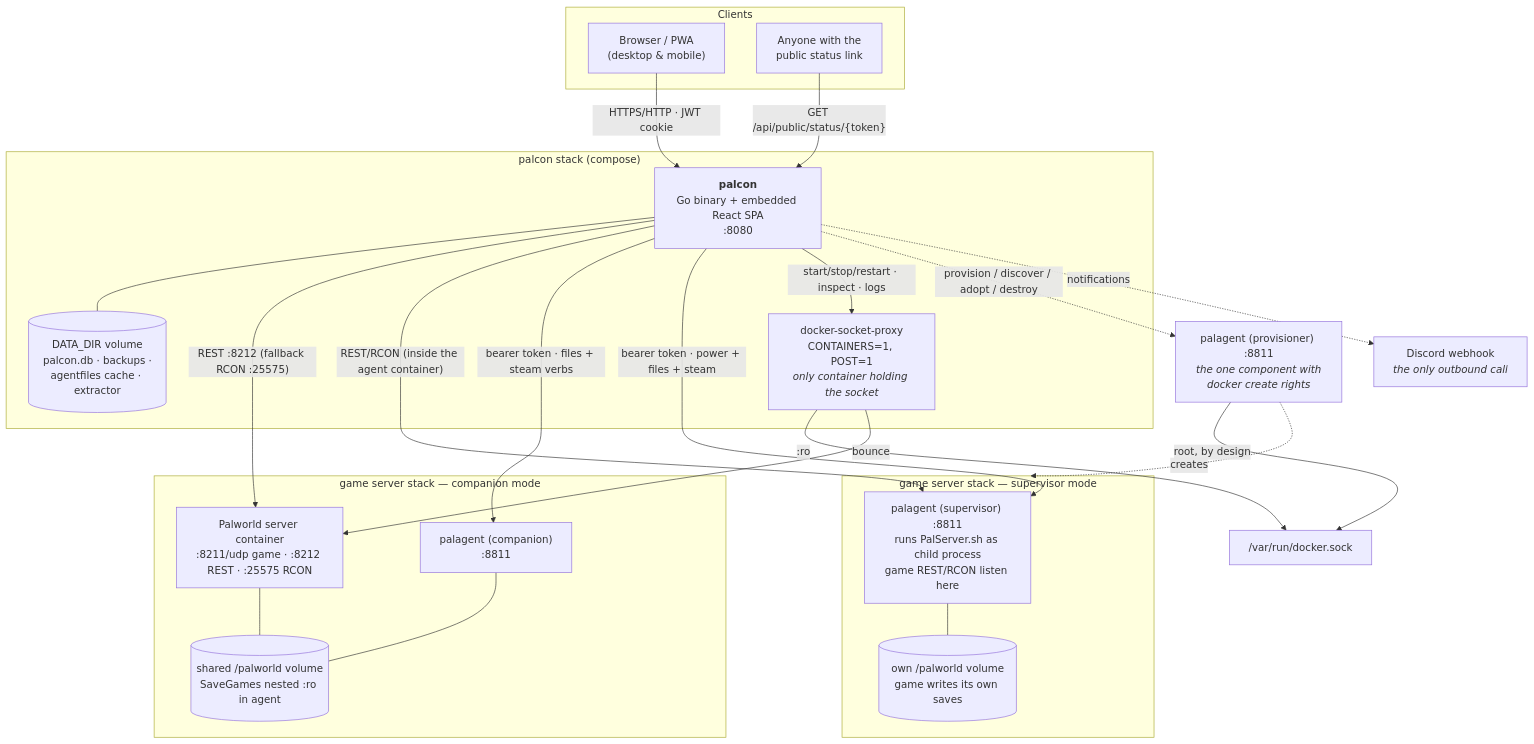
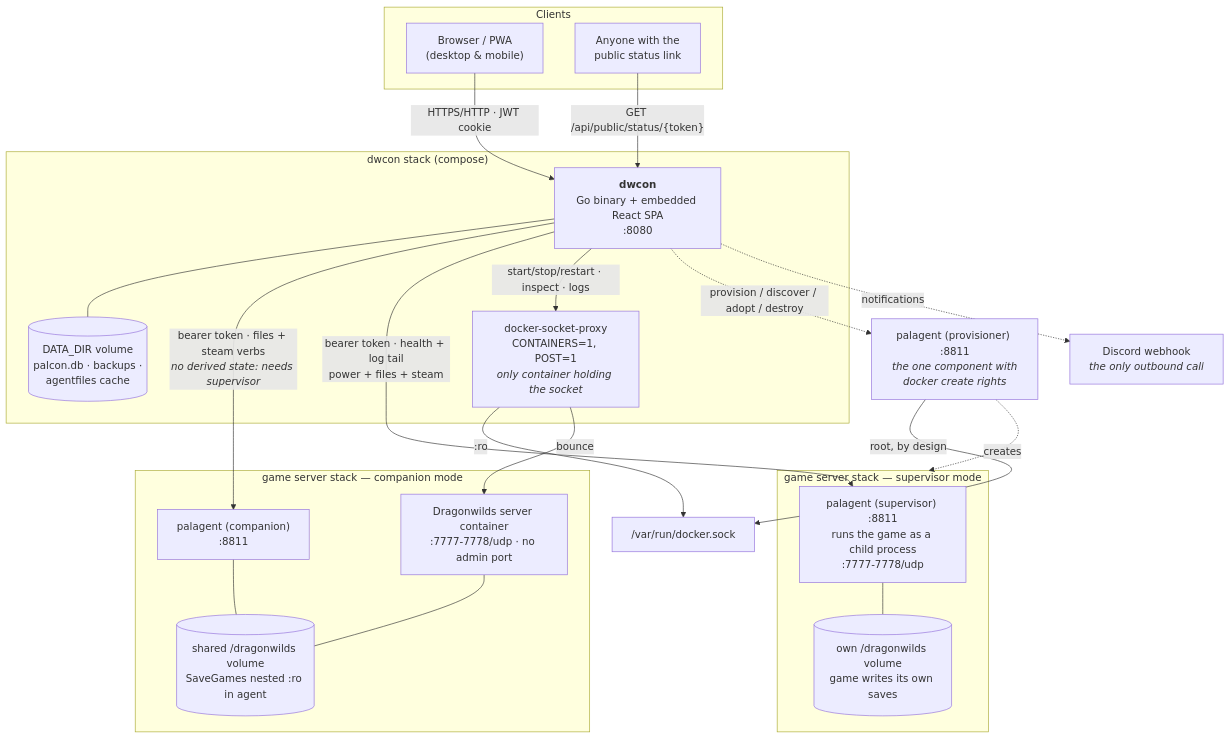
Before and after one commit to safwyls/artificer: the first of 5 diagrams in docs/architecture.md, drawn with Mermaid. The commit also changed other lines of this file and 39 other files, not shown here.

````diff
--- a/docs/architecture.md
+++ b/docs/architecture.md
@@ -63,46 +69,44 @@
 ```mermaid
 flowchart TB
     subgraph clients["Clients"]
         browser["Browser / PWA<br/>(desktop & mobile)"]
         pub["Anyone with the<br/>public status link"]
     end
 
-    subgraph palconStack["palcon stack (compose)"]
-        palcon["<b>palcon</b><br/>Go binary + embedded React SPA<br/>:8080"]
+    subgraph dwconStack["dwcon stack (compose)"]
+        dwcon["<b>dwcon</b><br/>Go binary + embedded React SPA<br/>:8080"]
         proxy["docker-socket-proxy<br/>CONTAINERS=1, POST=1<br/><i>only container holding the socket</i>"]
-        data[("DATA_DIR volume<br/>palcon.db · backups ·<br/>agentfiles cache · extractor")]
-        palcon --- data
+        data[("DATA_DIR volume<br/>palcon.db · backups ·<br/>agentfiles cache")]
+        dwcon --- data
     end
 
     subgraph gameStack1["game server stack — companion mode"]
-        game1["Palworld server container<br/>:8211/udp game · :8212 REST · :25575 RCON"]
+        game1["Dragonwilds server container<br/>:7777-7778/udp · no admin port"]
         agent1["palagent (companion)<br/>:8811"]
-        vol1[("shared /palworld volume<br/>SaveGames nested :ro in agent")]
+        vol1[("shared /dragonwilds volume<br/>SaveGames nested :ro in agent")]
         game1 --- vol1
         agent1 --- vol1
     end
 
     subgraph gameStack2["game server stack — supervisor mode"]
-        agent2["palagent (supervisor) :8811<br/>runs PalServer.sh as child process<br/>game REST/RCON listen here"]
-        vol2[("own /palworld volume<br/>game writes its own saves")]
+        agent2["palagent (supervisor) :8811<br/>runs the game as a child process<br/>:7777-7778/udp"]
+        vol2[("own /dragonwilds volume<br/>game writes its own saves")]
         agent2 --- vol2
     end
 
     prov["palagent (provisioner) :8811<br/><i>the one component with<br/>docker create rights</i>"]
     sock["/var/run/docker.sock"]
     discord["Discord webhook<br/><i>the only outbound call</i>"]
 
-    browser -->|"HTTPS/HTTP · JWT cookie"| palcon
-    pub -->|"GET /api/public/status/{token}"| palcon
-    palcon -->|"REST :8212 (fallback RCON :25575)"| game1
-    palcon -->|"REST/RCON (inside the agent container)"| agent2
-    palcon -->|"bearer token · files + steam verbs"| agent1
-    palcon -->|"bearer token · power + files + steam"| agent2
-    palcon -->|"start/stop/restart · inspect · logs"| proxy
-    palcon -.->|"provision / discover / adopt / destroy"| prov
-    palcon -.->|notifications| discord
+    browser -->|"HTTPS/HTTP · JWT cookie"| dwcon
+    pub -->|"GET /api/public/status/{token}"| dwcon
+    dwcon -->|"bearer token · files + steam verbs<br/><i>no derived state: needs supervisor</i>"| agent1
+    dwcon -->|"bearer token · health + log tail<br/>power + files + steam"| agent2
+    dwcon -->|"start/stop/restart · inspect · logs"| proxy
+    dwcon -.->|"provision / discover / adopt / destroy"| prov
+    dwcon -.->|notifications| discord
     proxy -->|":ro"| sock
     prov -->|"root, by design"| sock
     proxy -->|"bounce"| game1
     prov -.->|"creates"| gameStack2
 ```
````
